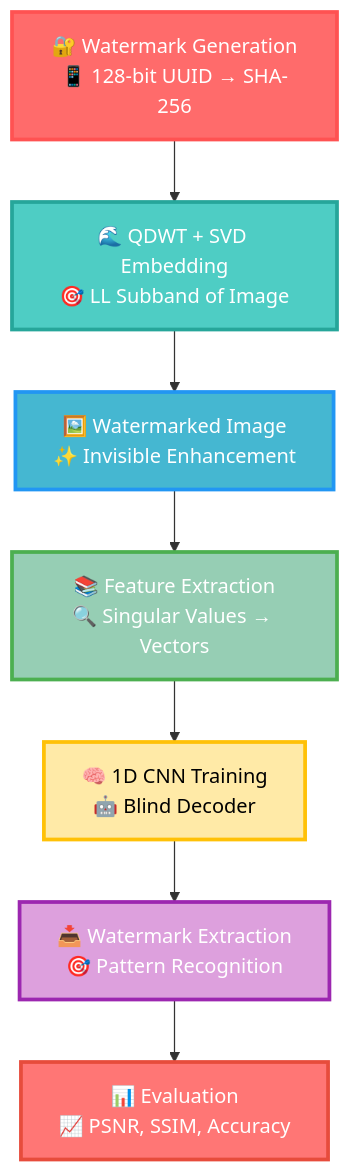
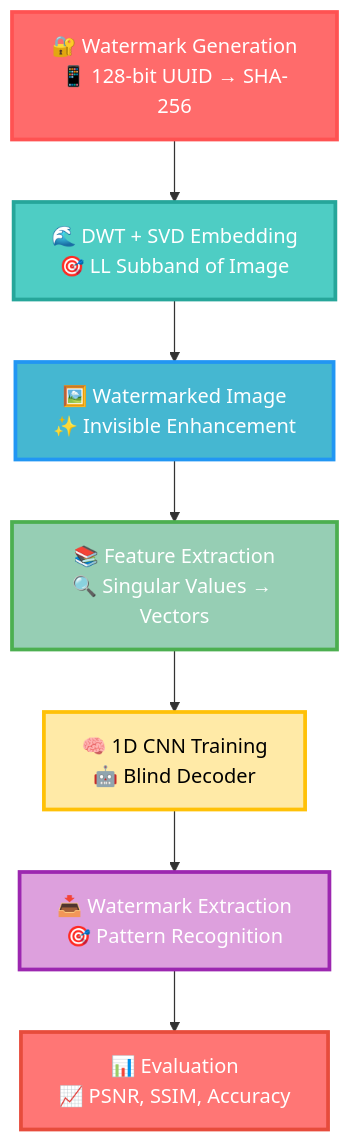
The second of 2 diagrams in README.md (Nupurpusha/Invisible-Watermarking), drawn with Mermaid before and after one commit.

Commit message:
Fix typo in watermark generation workflow diagram

````diff
--- a/README.md
+++ b/README.md
@@ -125,17 +125,17 @@
 ```mermaid
 graph TD
-    A[🔐 Watermark Generation<br/>📱 128-bit UUID → SHA-256] --> B[🌊 QDWT + SVD Embedding<br/>🎯 LL Subband of Image]
+    A[🔐 Watermark Generation<br/>📱 128-bit UUID → SHA-256] --> B[🌊 DWT + SVD Embedding<br/>🎯 LL Subband of Image]
     B --> C[🖼️ Watermarked Image<br/>✨ Invisible Enhancement]
     C --> D[📚 Feature Extraction<br/>🔍 Singular Values → Vectors]
     D --> E[🧠 1D CNN Training<br/>🤖 Blind Decoder]
     E --> F[📥 Watermark Extraction<br/>🎯 Pattern Recognition]
     F --> G[📊 Evaluation<br/>📈 PSNR, SSIM, Accuracy]
     
     style A fill:#ff6b6b,stroke:#ff5252,stroke-width:3px,color:#fff
     style B fill:#4ecdc4,stroke:#26a69a,stroke-width:3px,color:#fff
     style C fill:#45b7d1,stroke:#2196f3,stroke-width:3px,color:#fff
     style D fill:#96ceb4,stroke:#4caf50,stroke-width:3px,color:#fff
     style E fill:#ffeaa7,stroke:#ffc107,stroke-width:3px,color:#000
     style F fill:#dda0dd,stroke:#9c27b0,stroke-width:3px,color:#fff
     style G fill:#ff7675,stroke:#e74c3c,stroke-width:3px,color:#fff
 ```
````
